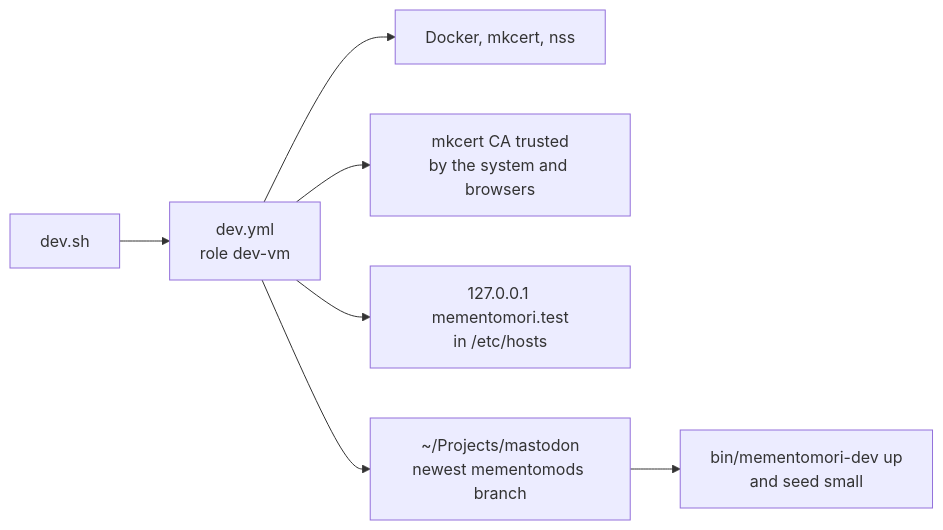
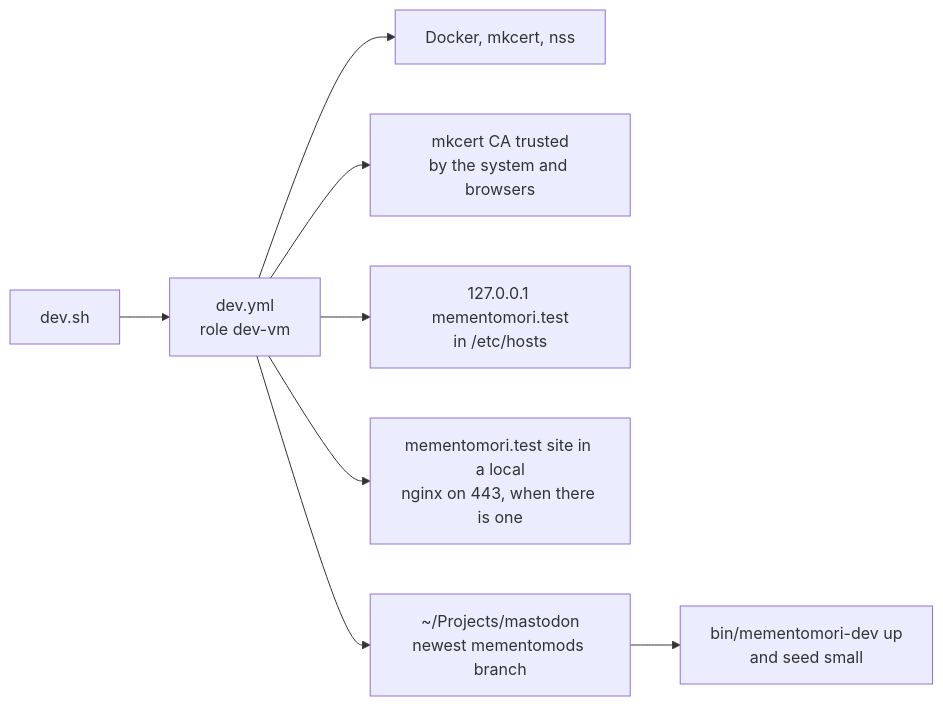
The diagram in README.md (mementomori-social/ansibles), drawn with Mermaid before and after one commit. The commit also changed other lines of this file and 9 other files, not shown here.

Commit message:
Add local nginx proxy for dev site, Ref: MEM-15

````diff
--- a/README.md
+++ b/README.md
@@ -131,9 +131,10 @@
 ```mermaid
 flowchart LR
   devsh["dev.sh"] --> playbook["dev.yml<br/>role dev-vm"]
   playbook --> pkgs["Docker, mkcert, nss"]
   playbook --> trust["mkcert CA trusted<br/>by the system and browsers"]
   playbook --> hosts["127.0.0.1 mementomori.test<br/>in /etc/hosts"]
+  playbook --> nginx["mementomori.test site in a local<br/>nginx on 443, when there is one"]
   playbook --> clone["~/Projects/mastodon<br/>newest mementomods branch"]
   clone --> up["bin/mementomori-dev up<br/>and seed small"]
 ```
````
